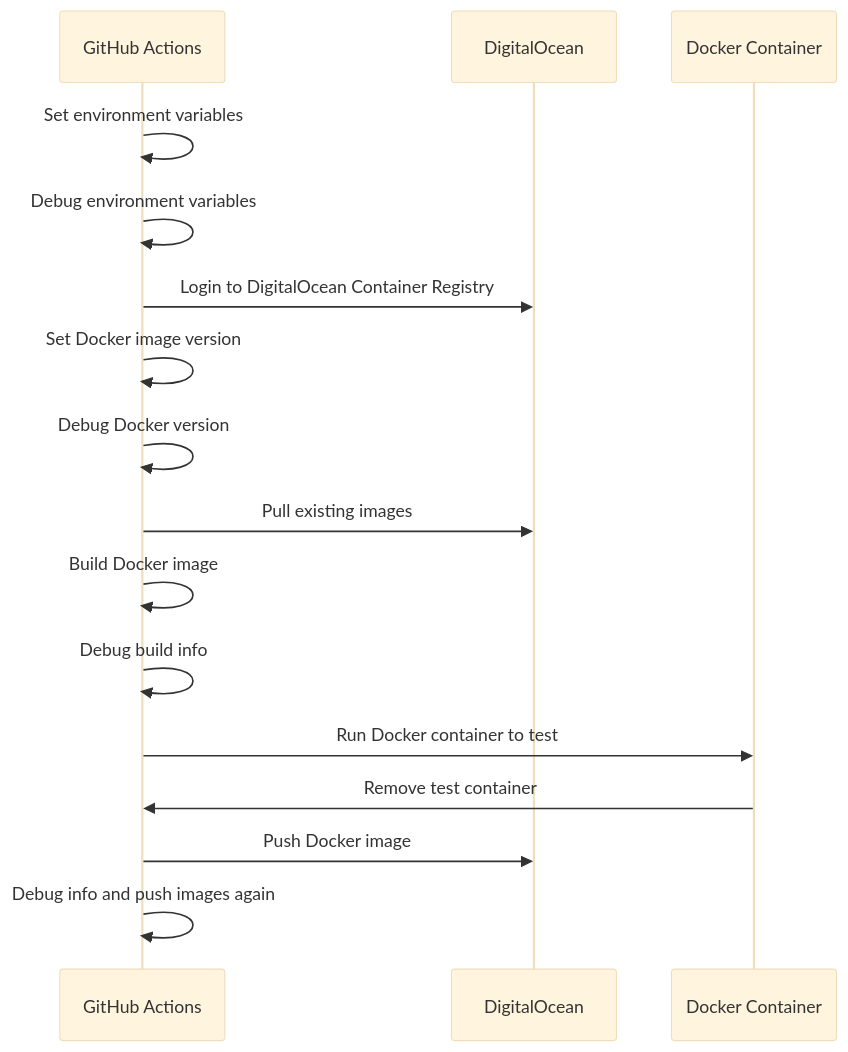
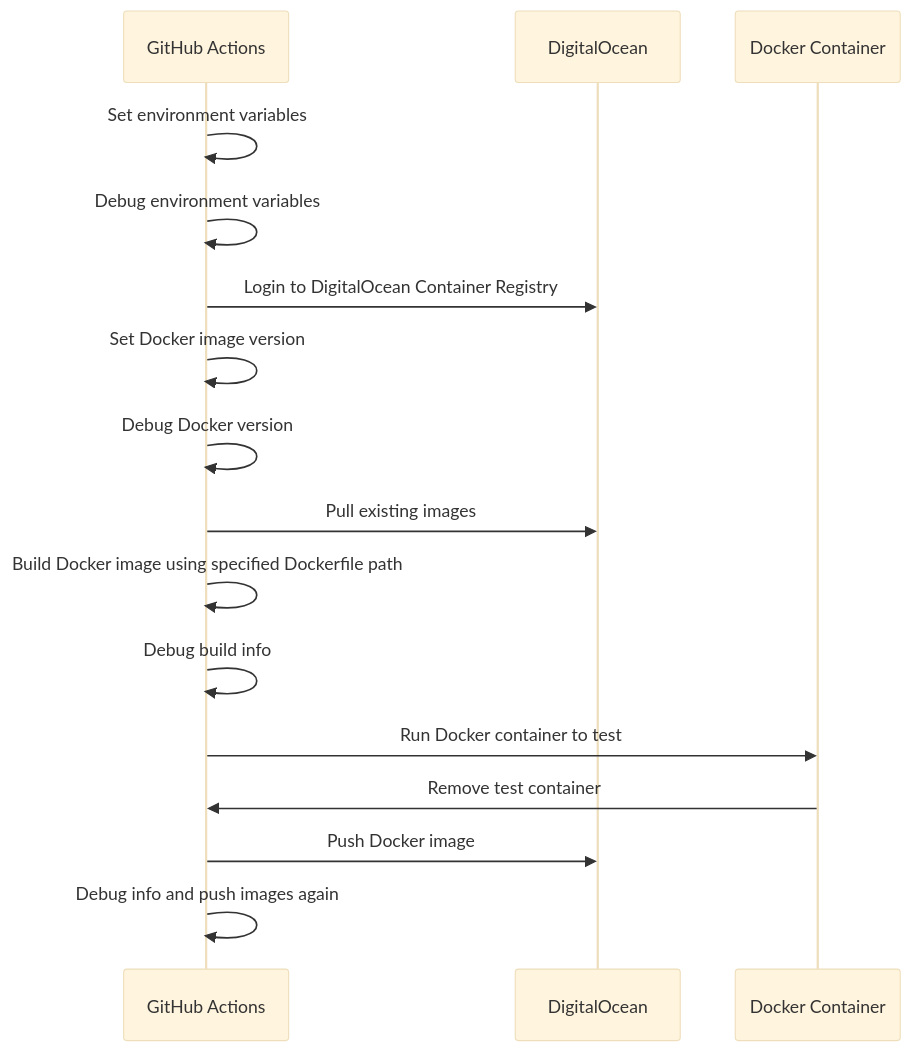
The diagram in README.md (ronihdzz/push-to-digitalocean-action), drawn with Mermaid (base theme) before and after one commit. The commit also changed other lines of this file and 1 other file, not shown here.

First line of the commit message:
feat: Update GitHub Action: Add customizable Dockerfile path and enhanced logging

````diff
--- a/README.md
+++ b/README.md
@@ -34,19 +37,19 @@
 ```mermaid
 sequenceDiagram
     participant GitHub Actions
     participant DigitalOcean
     participant Docker Container
 
     GitHub Actions->>GitHub Actions: Set environment variables
     GitHub Actions->>GitHub Actions: Debug environment variables
     GitHub Actions->>DigitalOcean: Login to DigitalOcean Container Registry
     GitHub Actions->>GitHub Actions: Set Docker image version
     GitHub Actions->>GitHub Actions: Debug Docker version
     GitHub Actions->>DigitalOcean: Pull existing images
-    GitHub Actions->>GitHub Actions: Build Docker image
+    GitHub Actions->>GitHub Actions: Build Docker image using specified Dockerfile path
     GitHub Actions->>GitHub Actions: Debug build info
     GitHub Actions->>Docker Container: Run Docker container to test
     Docker Container->>GitHub Actions: Remove test container
     GitHub Actions->>DigitalOcean: Push Docker image
     GitHub Actions->>GitHub Actions: Debug info and push images again
 ```
````
